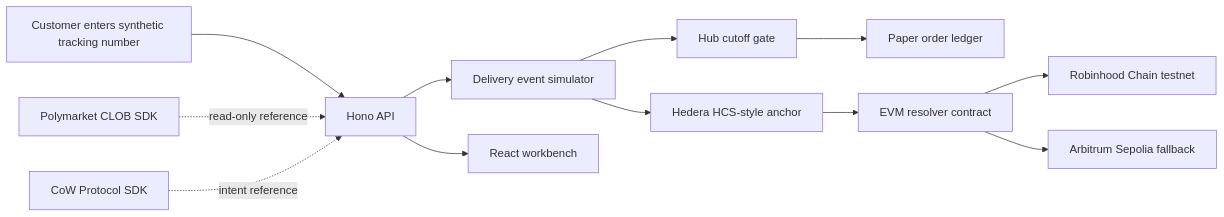
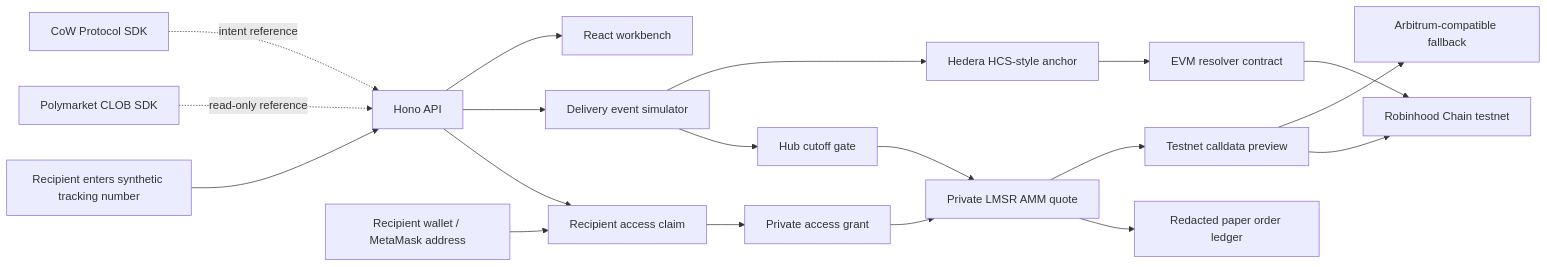
Before and after one commit to arigatoexpress/fedex-delivery-markets: the diagram in docs/ARCHITECTURE.md, drawn with Mermaid. The commit also changed other lines of this file and 46 other files, not shown here.

First line of the commit message:
feat: private recipient AMM demo hardening (#1)

````diff
--- a/docs/ARCHITECTURE.md
+++ b/docs/ARCHITECTURE.md
@@ -3,14 +3,21 @@
 ```mermaid
 flowchart LR
-  Customer["Customer enters synthetic tracking number"] --> API["Hono API"]
+  Customer["Recipient enters synthetic tracking number"] --> API["Hono API"]
+  Wallet["Recipient wallet / MetaMask address"] --> Access["Recipient access claim"]
+  API --> Access
+  Access --> PrivateGrant["Private access grant"]
   API --> Simulator["Delivery event simulator"]
   Simulator --> Cutoff["Hub cutoff gate"]
   Simulator --> Anchor["Hedera HCS-style anchor"]
-  Cutoff --> PaperBook["Paper order ledger"]
+  Cutoff --> PrivateAMM["Private LMSR AMM quote"]
+  PrivateGrant --> PrivateAMM
+  PrivateAMM --> PaperBook["Redacted paper order ledger"]
+  PrivateAMM --> Calldata["Testnet calldata preview"]
   Anchor --> Resolver["EVM resolver contract"]
-  Resolver --> Robinhood["Robinhood Chain testnet"]
-  Resolver --> Arbitrum["Arbitrum Sepolia fallback"]
+  Calldata --> Robinhood["Robinhood Chain testnet"]
+  Calldata --> Arbitrum["Arbitrum-compatible fallback"]
+  Resolver --> Robinhood
   API --> UI["React workbench"]
   Poly["Polymarket CLOB SDK"] -. read-only reference .-> API
   Cow["CoW Protocol SDK"] -. intent reference .-> API
 ```
````
